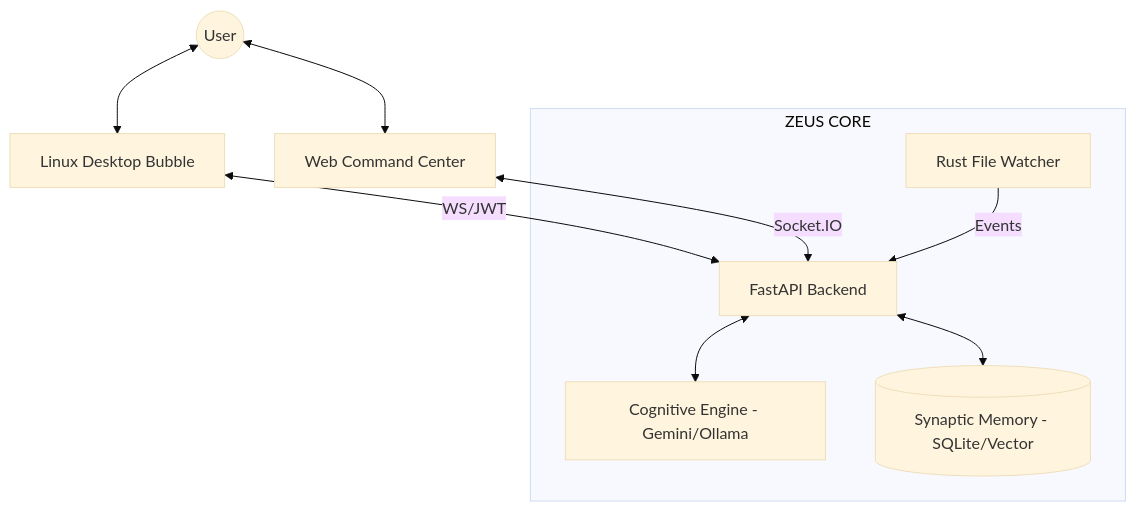
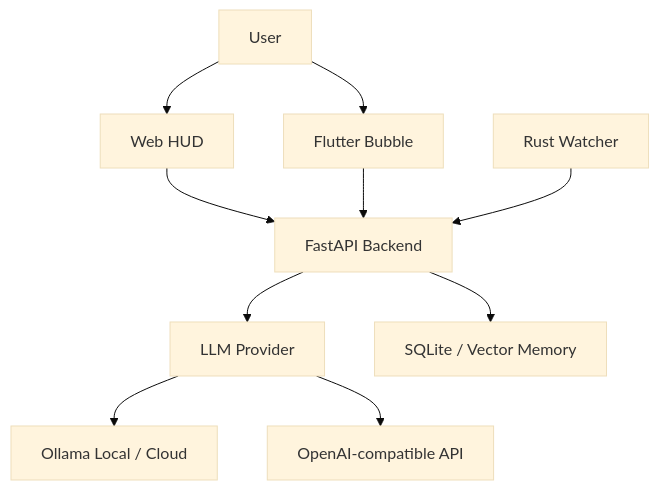
Before and after one commit to zeusinfra/NEXUS: the diagram in README.md, drawn with Mermaid (base theme). The commit also changed other lines of this file and 51 other files, not shown here.

Commit message:
Harden ZEUS backend and prepare safe mirror

````diff
--- a/README.md
+++ b/README.md
@@ -36,18 +18,15 @@
 ```mermaid
 graph TD
-    User((User)) <--> Bubble[Linux Desktop Bubble]
-    User <--> Web[Web Command Center]
-    
-    subgraph Core[ZEUS CORE]
-        API[FastAPI Backend]
-        LLM[Cognitive Engine - Gemini/Ollama]
-        Memory[(Synaptic Memory - SQLite/Vector)]
-        Watcher[Rust File Watcher]
-    end
-    
-    Bubble <-->|WS/JWT| API
-    Web <-->|Socket.IO| API
-    API <--> LLM
-    API <--> Memory
-    Watcher -->|Events| API
+    User[User] --> WebHUD[Web HUD]
+    User --> Bubble[Flutter Bubble]
+
+    WebHUD --> API[FastAPI Backend]
+    Bubble --> API
+
+    API --> LLM[LLM Provider]
+    API --> Memory[SQLite / Vector Memory]
+    Watcher[Rust Watcher] --> API
+
+    LLM --> Ollama[Ollama Local / Cloud]
+    LLM --> OpenAI[OpenAI-compatible API]
 ```
````
